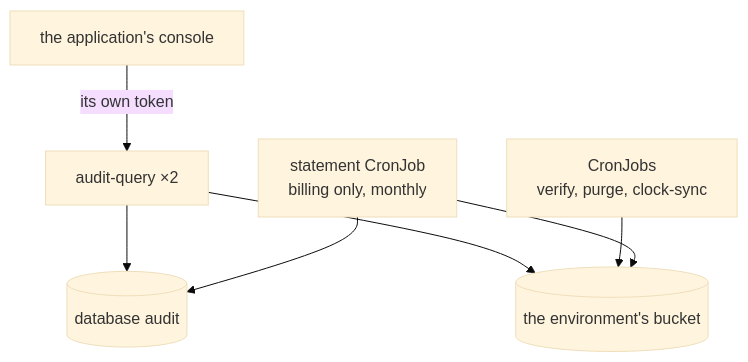
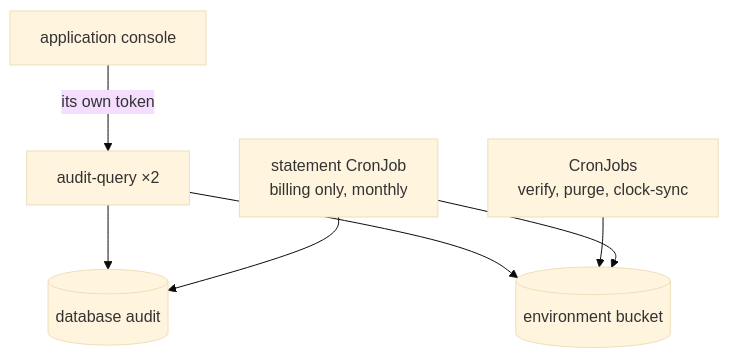
One commit to truvity/sluis changed the second of 3 diagrams in docs/concepts/audit/stream-mode.md. Above: the diagram before and after it, drawn with Mermaid (base theme). The commit also changed other lines of this file and 61 other files, not shown here.

````diff
--- a/docs/concepts/audit/stream-mode.md
+++ b/docs/concepts/audit/stream-mode.md
@@ -38,15 +33,15 @@
 ```mermaid
 flowchart TB
-  CONS["the application's console"]
+  CONS["application console"]
   Q["audit-query ×2"]
   CJ["CronJobs<br/>verify, purge, clock-sync"]
   ST["statement CronJob<br/>billing only, monthly"]
   PG[("database audit")]
-  S3[("the environment's bucket")]
+  S3[("environment bucket")]
   CONS -- "its own token" --> Q
   Q --> PG
   Q --> S3
   CJ --> S3
   ST --> PG
   ST --> S3
 ```
````
